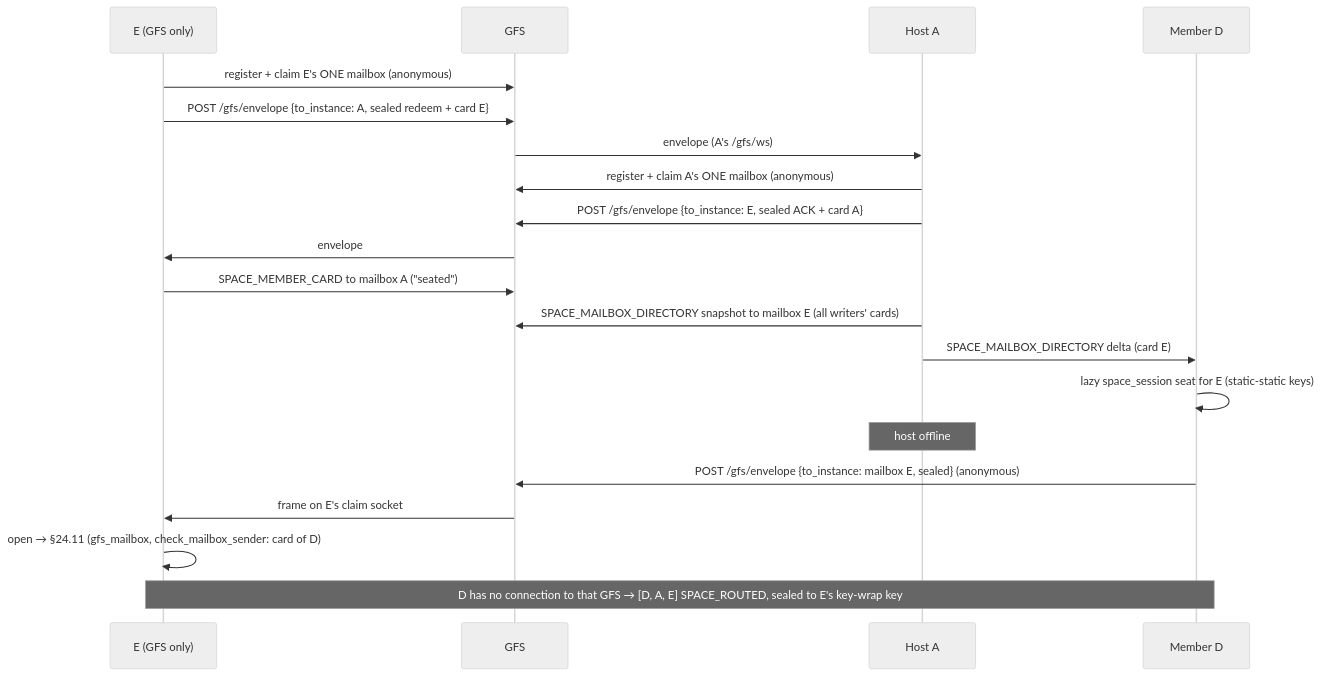
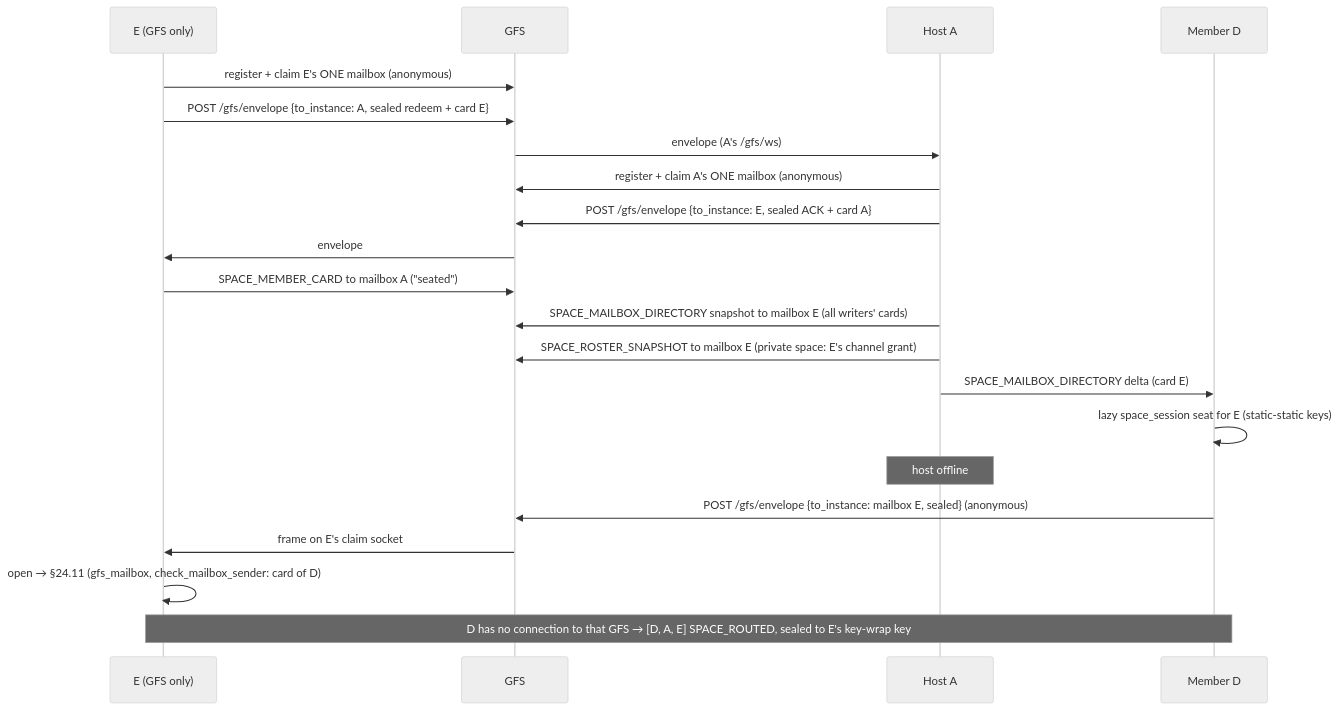
The sixth of 6 diagrams in docs/protocol/gfs-relay.md (social-home-io/socialhome), drawn with Mermaid (neutral theme) before and after one commit. The commit also changed other lines of this file and 6 other files, not shown here.

First line of the commit message:
A joiner of a private space gets its channel grant again once it is seated

````diff
--- a/docs/protocol/gfs-relay.md
+++ b/docs/protocol/gfs-relay.md
@@ -983,22 +989,23 @@
 ```mermaid
 sequenceDiagram
     participant E as E (GFS only)
     participant G as GFS
     participant A as Host A
     participant D as Member D
     E->>G: register + claim E's ONE mailbox (anonymous)
     E->>G: POST /gfs/envelope {to_instance: A, sealed redeem + card E}
     G->>A: envelope (A's /gfs/ws)
     A->>G: register + claim A's ONE mailbox (anonymous)
     A->>G: POST /gfs/envelope {to_instance: E, sealed ACK + card A}
     G->>E: envelope
     E->>G: SPACE_MEMBER_CARD to mailbox A ("seated")
     A->>G: SPACE_MAILBOX_DIRECTORY snapshot to mailbox E (all writers' cards)
+    A->>G: SPACE_ROSTER_SNAPSHOT to mailbox E (private space: E's channel grant)
     A->>D: SPACE_MAILBOX_DIRECTORY delta (card E)
     D->>D: lazy space_session seat for E (static-static keys)
     Note over A: host offline
     D->>G: POST /gfs/envelope {to_instance: mailbox E, sealed} (anonymous)
     G->>E: frame on E's claim socket
     E->>E: open → §24.11 (gfs_mailbox, check_mailbox_sender: card of D)
     Note over D,E: D has no connection to that GFS → [D, A, E] SPACE_ROUTED, sealed to E's key-wrap key
 ```
````
